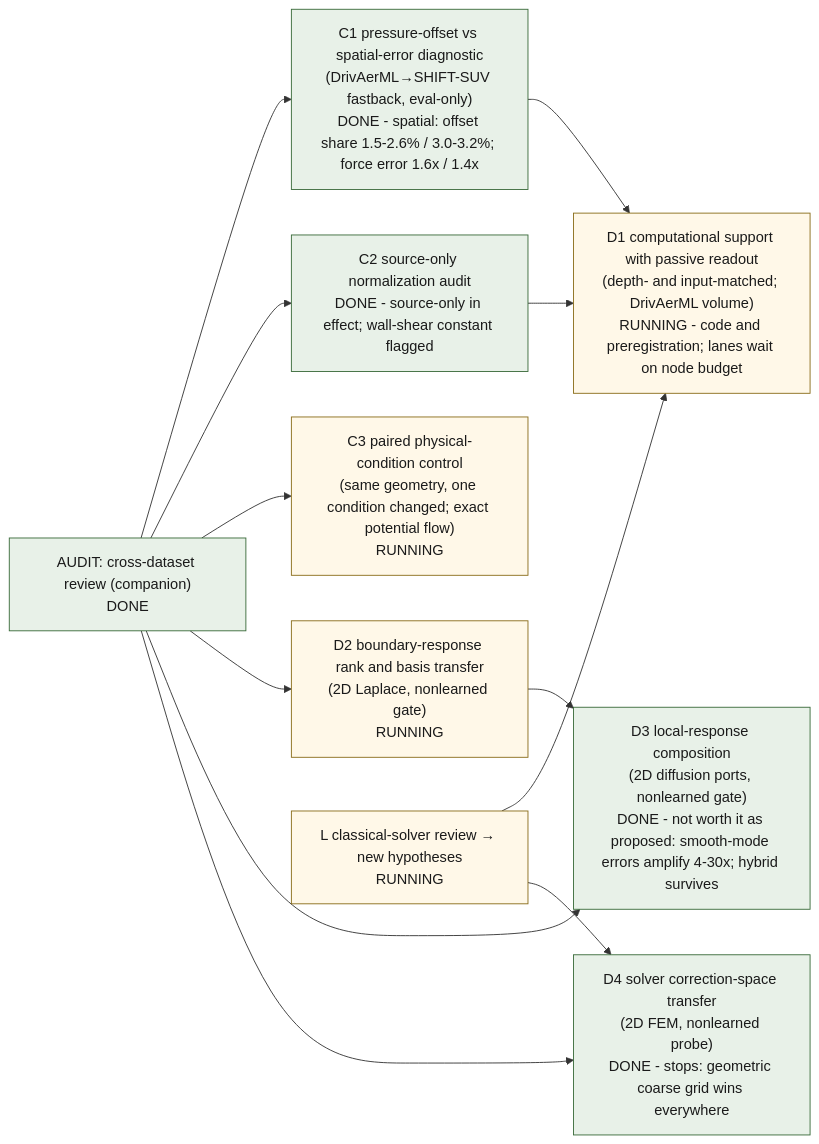
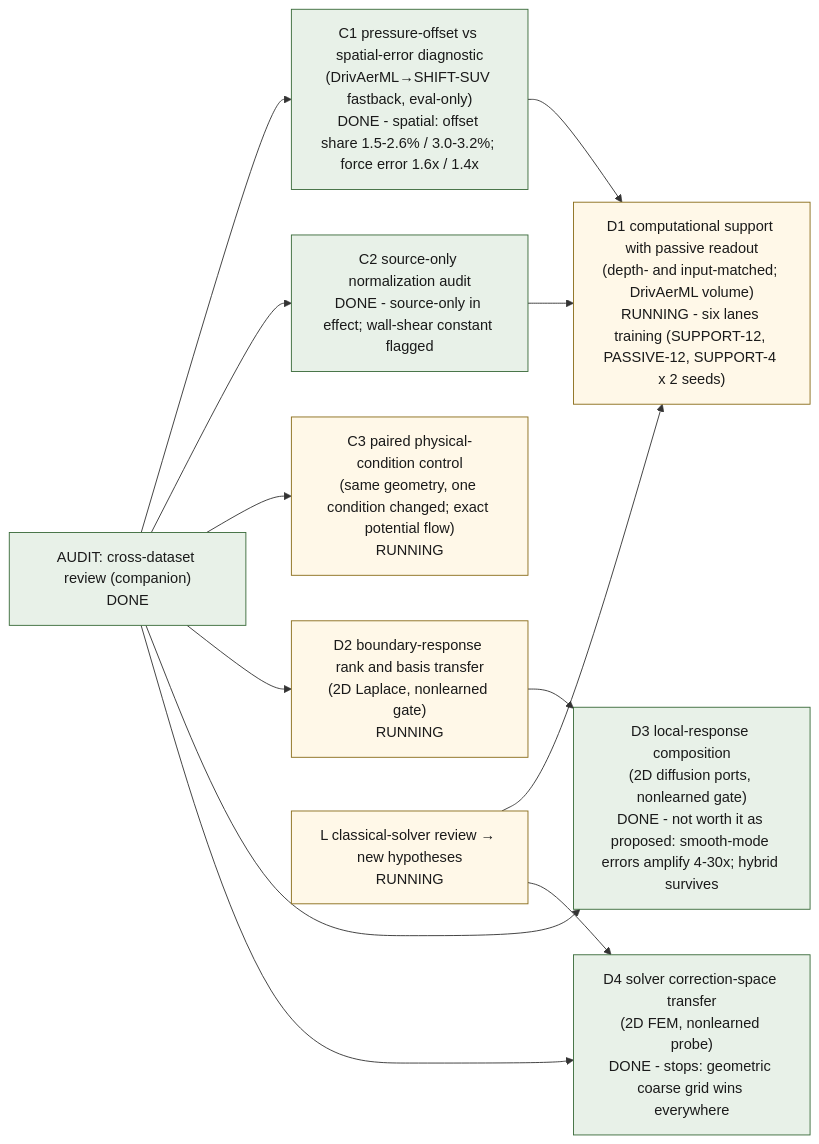
Before and after one commit to peterdsharpe/modulus: the diagram in examples/cfd/mesh_transformer/research/transfer_program/index.qmd, drawn with Mermaid. The commit also changed other lines of this file and 6 other files, not shown here.

Commit message:
Transfer program: D1 lanes launched (v0sup-0..5), passive-readout clamp finding recorded, model yaml package line

````diff
--- a/examples/cfd/mesh_transformer/research/transfer_program/index.qmd
+++ b/examples/cfd/mesh_transformer/research/transfer_program/index.qmd
@@ -36,27 +36,27 @@
 ```{mermaid}
 flowchart LR
   classDef done fill:#e8f1e8,stroke:#3a6b3a,color:#1a1a1a
   classDef running fill:#fff8e8,stroke:#8a6d1a,color:#1a1a1a
   classDef ready fill:#eef3fb,stroke:#2a5ba8,color:#1a1a1a
   classDef planned fill:#f2f1ec,stroke:#898781,color:#1a1a1a,stroke-dasharray:4 3
   AUDIT["AUDIT: cross-dataset review (companion)<br/>DONE"]:::done
   POFF["C1 pressure-offset vs spatial-error diagnostic<br/>(DrivAerML→SHIFT-SUV fastback, eval-only)<br/>DONE - spatial: offset share 1.5-2.6% / 3.0-3.2%; force error 1.6x / 1.4x"]:::done
   SNORM["C2 source-only normalization audit<br/>DONE - source-only in effect; wall-shear constant flagged"]:::done
   PAIR["C3 paired physical-condition control<br/>(same geometry, one condition changed; exact potential flow)<br/>RUNNING"]:::running
-  SUPP["D1 computational support with passive readout<br/>(depth- and input-matched; DrivAerML volume)<br/>RUNNING - code and preregistration; lanes wait on node budget"]:::running
+  SUPP["D1 computational support with passive readout<br/>(depth- and input-matched; DrivAerML volume)<br/>RUNNING - six lanes training (SUPPORT-12, PASSIVE-12, SUPPORT-4 x 2 seeds)"]:::running
   RESP["D2 boundary-response rank and basis transfer<br/>(2D Laplace, nonlearned gate)<br/>RUNNING"]:::running
   COMP["D3 local-response composition<br/>(2D diffusion ports, nonlearned gate)<br/>DONE - not worth it as proposed: smooth-mode errors amplify 4-30x; hybrid survives"]:::done
   SOLV["D4 solver correction-space transfer<br/>(2D FEM, nonlearned probe)<br/>DONE - stops: geometric coarse grid wins everywhere"]:::done
   CLASS["L classical-solver review → new hypotheses<br/>RUNNING"]:::running
   AUDIT --> POFF
   AUDIT --> SNORM
   AUDIT --> PAIR
   POFF --> SUPP
   SNORM --> SUPP
   AUDIT --> RESP
   AUDIT --> COMP
   AUDIT --> SOLV
   RESP --> COMP
   CLASS --> SUPP
   CLASS --> SOLV
 ```
````
